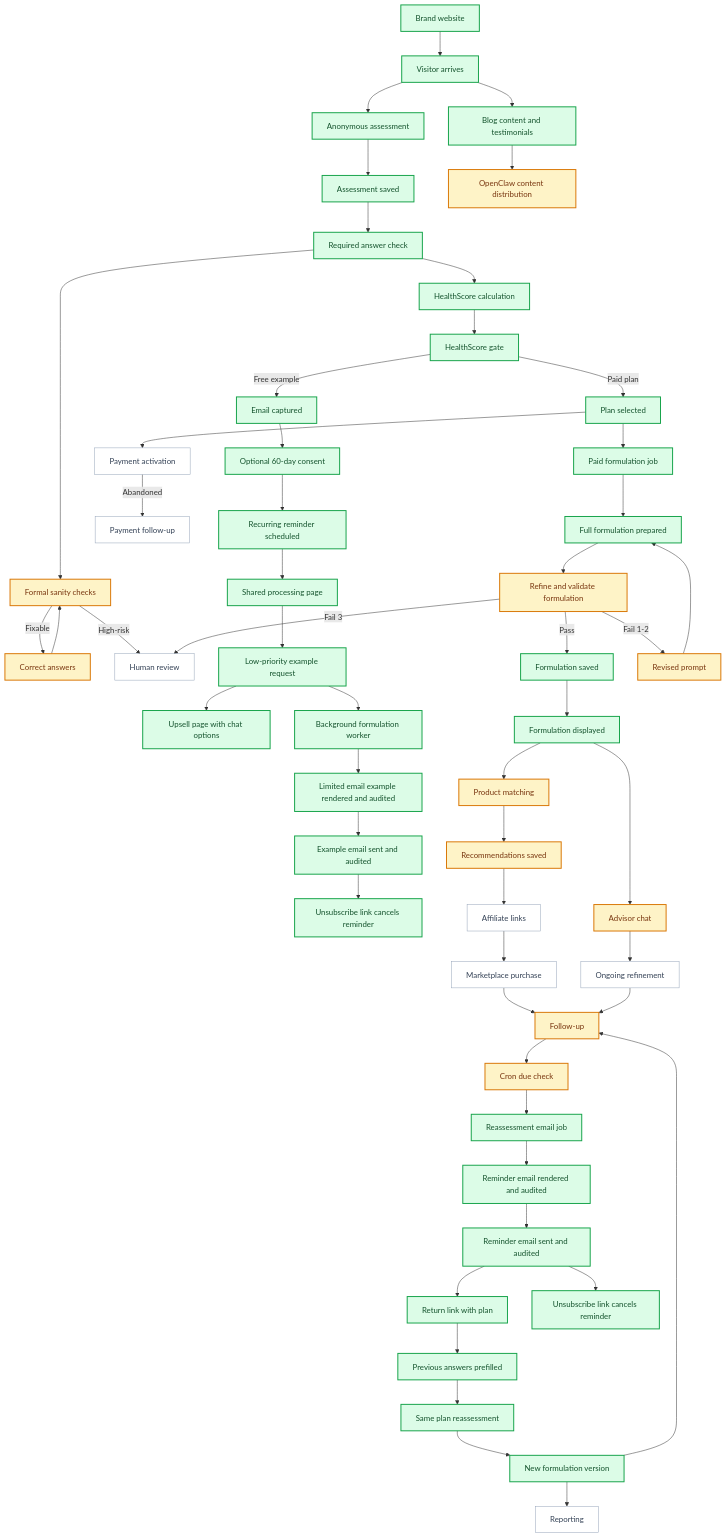
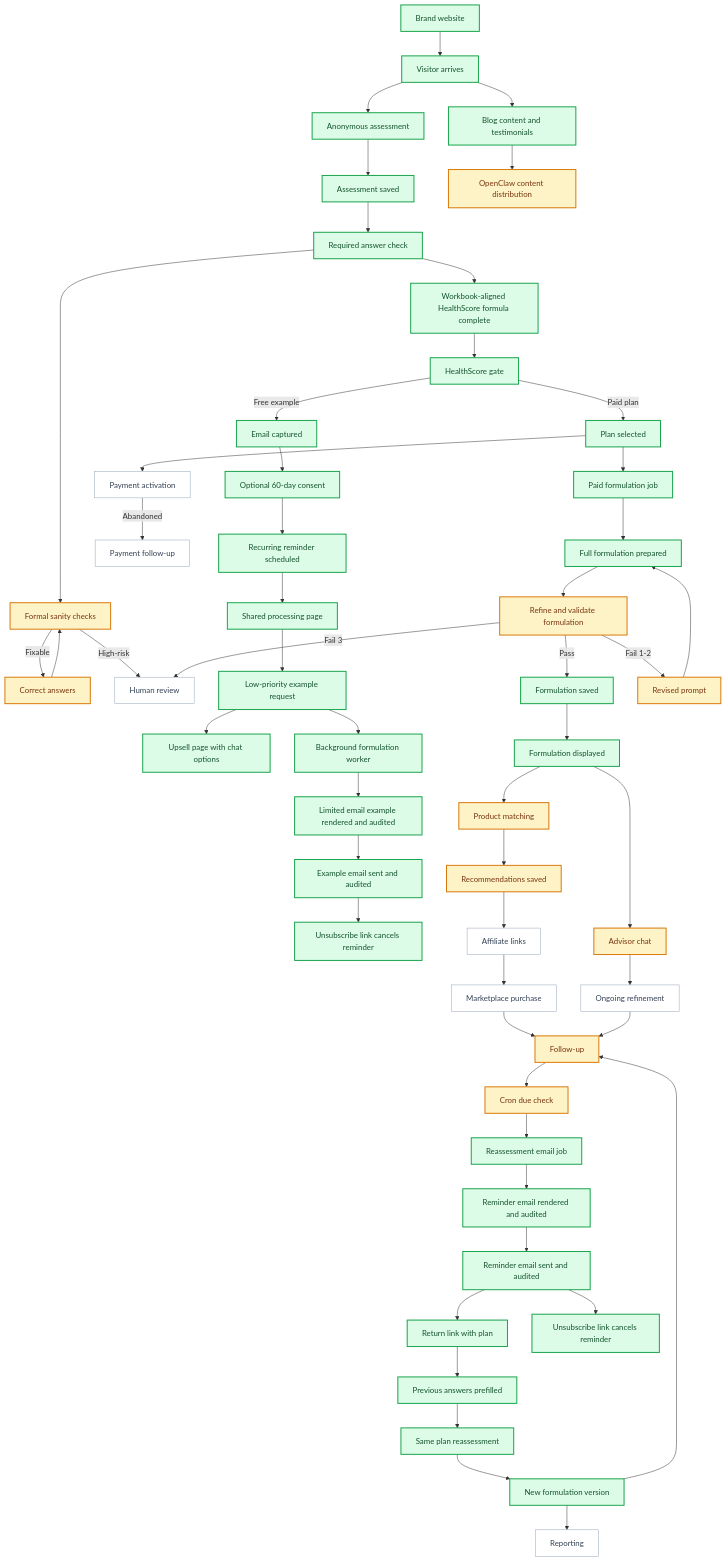
One commit to ni33les/mattanutra-ui changed the diagram in docs/end-to-end-flow.md. Above: the diagram before and after it, drawn with Mermaid. The commit also changed 3 other files, not shown here.

Commit message:
HealthScore driven by Ian's spreadsheet.

````diff
--- a/docs/end-to-end-flow.md
+++ b/docs/end-to-end-flow.md
@@ -1,63 +1,63 @@
 ```mermaid
 flowchart TB
   A["Brand website"] --> B["Visitor arrives"]
   B --> C["Anonymous assessment"]
   C --> D["Assessment saved"]
   D --> E["Required answer check"]
-  E --> F["HealthScore calculation"]
+  E --> F["Workbook-aligned HealthScore formula complete"]
   E --> E1["Formal sanity checks"]
   E1 -->|Fixable| G["Correct answers"]
   G --> E1
   E1 -->|High-risk| H["Human review"]
   F --> I["HealthScore gate"]
   I -->|Free example| J["Email captured"]
   J --> J1["Optional 60-day consent"]
   J1 --> J2["Recurring reminder scheduled"]
   J2 --> K["Shared processing page"]
   K --> L["Low-priority example request"]
   L --> M["Upsell page with chat options"]
   L --> N["Background formulation worker"]
   N --> N0["Limited email example rendered and audited"]
   N0 --> N1["Example email sent and audited"]
   N1 --> N3["Unsubscribe link cancels reminder"]
   I -->|Paid plan| O["Plan selected"]
   O --> P["Payment activation"]
   O --> Q["Paid formulation job"]
   P -->|Abandoned| R["Payment follow-up"]
   Q --> S["Full formulation prepared"]
   S --> T["Refine and validate formulation"]
   T -->|Pass| U["Formulation saved"]
   T -->|Fail 1-2| V["Revised prompt"]
   V --> S
   T -->|Fail 3| H
   U --> W["Formulation displayed"]
   W --> X["Product matching"]
   X --> Y["Recommendations saved"]
   Y --> Z["Affiliate links"]
   Z --> AA["Marketplace purchase"]
   W --> AB["Advisor chat"]
   AB --> AC["Ongoing refinement"]
   AA --> AD["Follow-up"]
   AC --> AD
   AD --> AE["Cron due check"]
   AE --> AF["Reassessment email job"]
   AF --> AG["Reminder email rendered and audited"]
   AG --> AH["Reminder email sent and audited"]
   AH --> AI["Return link with plan"]
   AH --> AO["Unsubscribe link cancels reminder"]
   AI --> AJ["Previous answers prefilled"]
   AJ --> AK["Same plan reassessment"]
   AK --> AL["New formulation version"]
   AL --> AD
   AL --> AM["Reporting"]
   B --> AN["Blog content and testimonials"]
   AN --> AP["OpenClaw content distribution"]
 
   classDef done fill:#dcfce7,stroke:#16a34a,color:#14532d,stroke-width:2px;
   classDef partial fill:#fef3c7,stroke:#d97706,color:#78350f,stroke-width:2px;
   classDef todo fill:#ffffff,stroke:#94a3b8,color:#334155,stroke-width:1px;
 
   class A,B,C,D,E,F,I,J,J1,J2,K,L,M,N,N0,N1,N3,O,Q,S,U,W,AF,AG,AH,AI,AJ,AK,AL,AN,AO done;
   class E1,G,T,V,X,Y,AB,AD,AE,AP partial;
   class H,P,R,Z,AA,AC,AM todo;
 ```
````
